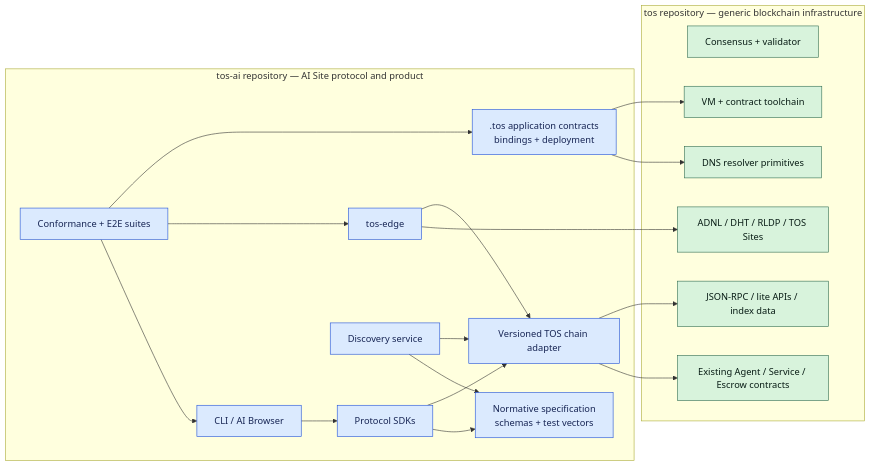
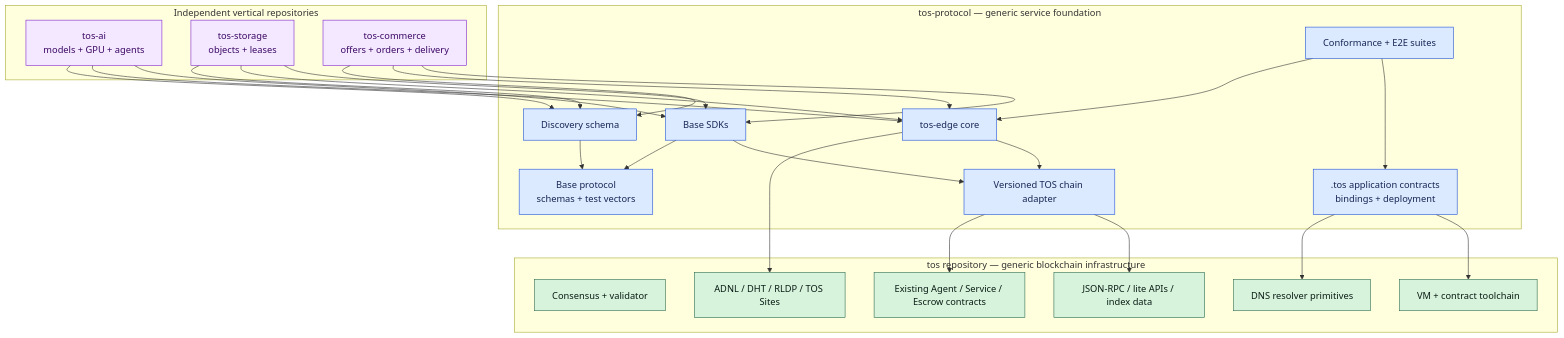
The first of 5 diagrams in doc/the-tos-protocol-implementation-plan.md (tosnetwork/tos), drawn with Mermaid before and after one commit. The commit also changed other lines of this file and 3 other files, not shown here.

Commit message:
Expand TOS service protocol implementation plan

````diff
--- a/doc/the-tos-protocol-implementation-plan.md
+++ b/doc/the-tos-protocol-implementation-plan.md
@@ -83,42 +99,55 @@
 ```mermaid
-flowchart LR
+flowchart TB
     subgraph Core["tos repository — generic blockchain infrastructure"]
         Validator["Consensus + validator"]
         VM["VM + contract toolchain"]
         ChainAPI["JSON-RPC / lite APIs / index data"]
         CoreDNS["DNS resolver primitives"]
         P2P["ADNL / DHT / RLDP / TOS Sites"]
         ActorABI["Existing Agent / Service / Escrow contracts"]
     end
 
-    subgraph Product["tos-ai repository — AI Site protocol and product"]
-        Spec["Normative specification<br/>schemas + test vectors"]
+    subgraph Base["tos-protocol — generic service foundation"]
+        Spec["Base protocol<br/>schemas + test vectors"]
         Domain[".tos application contracts<br/>bindings + deployment"]
         Adapter["Versioned TOS chain adapter"]
-        ProtocolSDK["Protocol SDKs"]
-        EdgeProduct["tos-edge"]
-        DiscoveryProduct["Discovery service"]
-        Clients["CLI / AI Browser"]
+        ProtocolSDK["Base SDKs"]
+        EdgeCore["tos-edge core"]
+        DiscoverySchema["Discovery schema"]
         Conformance["Conformance + E2E suites"]
+    end
+
+    subgraph Profiles["Independent vertical repositories"]
+        AI["tos-ai<br/>models + GPU + agents"]
+        Storage["tos-storage<br/>objects + leases"]
+        Commerce["tos-commerce<br/>offers + orders + delivery"]
     end
 
     Domain --> VM
     Domain --> CoreDNS
     Adapter --> ChainAPI
     Adapter --> ActorABI
-    EdgeProduct --> Adapter
-    EdgeProduct --> P2P
+    EdgeCore --> Adapter
+    EdgeCore --> P2P
     ProtocolSDK --> Adapter
     ProtocolSDK --> Spec
-    DiscoveryProduct --> Adapter
-    DiscoveryProduct --> Spec
-    Clients --> ProtocolSDK
+    DiscoverySchema --> Spec
     Conformance --> Domain
-    Conformance --> EdgeProduct
-    Conformance --> Clients
+    Conformance --> EdgeCore
+    AI --> ProtocolSDK
+    AI --> EdgeCore
+    AI --> DiscoverySchema
+    Storage --> ProtocolSDK
+    Storage --> EdgeCore
+    Storage --> DiscoverySchema
+    Commerce --> ProtocolSDK
+    Commerce --> EdgeCore
+    Commerce --> DiscoverySchema
 
     classDef core fill:#d8f3dc,stroke:#2d6a4f,color:#081c15;
-    classDef product fill:#dbeafe,stroke:#1d4ed8,color:#172554;
+    classDef base fill:#dbeafe,stroke:#1d4ed8,color:#172554;
+    classDef profile fill:#f3e8ff,stroke:#7e22ce,color:#3b0764;
     class Validator,VM,ChainAPI,CoreDNS,P2P,ActorABI core;
-    class Spec,Domain,Adapter,ProtocolSDK,EdgeProduct,DiscoveryProduct,Clients,Conformance product;
+    class Spec,Domain,Adapter,ProtocolSDK,EdgeCore,DiscoverySchema,Conformance base;
+    class AI,Storage,Commerce profile;
 ```
````
